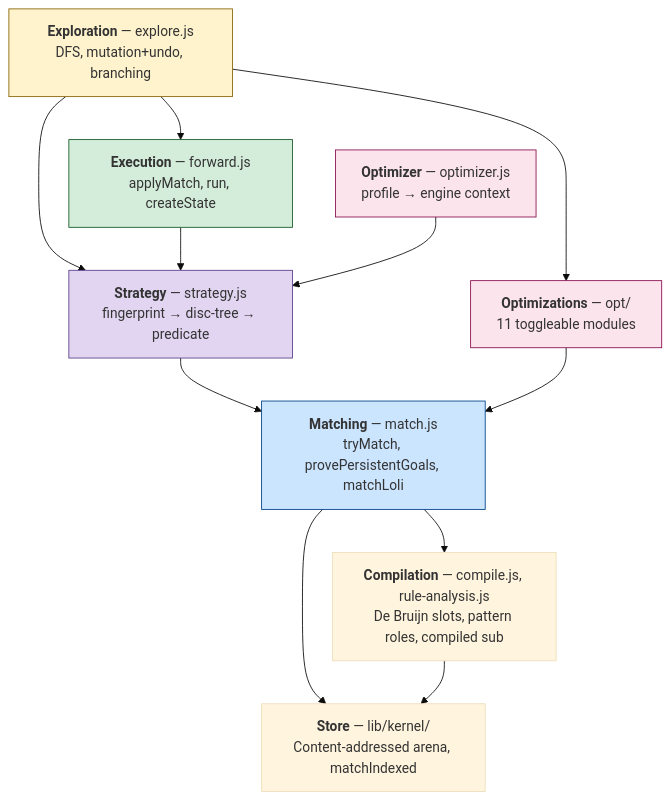
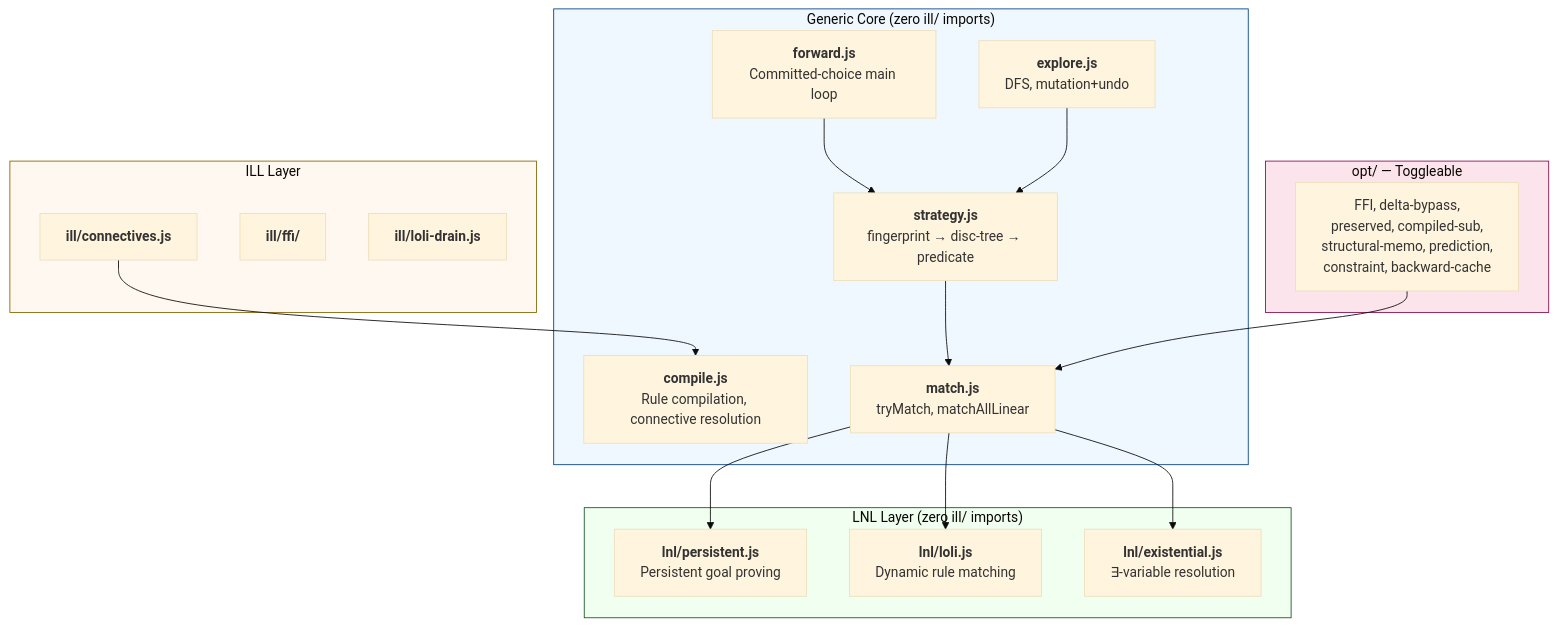
The second of 2 diagrams in doc/documentation/architecture.md (mhhf/calc), drawn with Mermaid (base theme) before and after one commit. The commit also changed other lines of this file and 2 other files, not shown here.

Commit message:
docs(TODO-0127): three-layer architecture + theoretical foundations
Update engine documentation to reflect the completed refactoring:
- Three-layer architecture diagrams (Generic → LNL → ILL)
- Connective table, matchOpts composition, layer discipline
- Theoretical foundations table (Benton LNL, CHR, CLF, Andreoli, etc.)
- Fix stale opt/loli-drain.js → ill/loli-drain.js references

````diff
--- a/doc/documentation/architecture.md
+++ b/doc/documentation/architecture.md
@@ -233,29 +233,40 @@
 ```mermaid
 graph TB
-    EXP["<b>Exploration</b> — explore.js<br/>DFS, mutation+undo, branching"]
-    EXEC["<b>Execution</b> — forward.js<br/>applyMatch, run, createState"]
-    STRAT["<b>Strategy</b> — strategy.js<br/>fingerprint → disc-tree → predicate"]
-    MAT["<b>Matching</b> — match.js<br/>tryMatch, provePersistentGoals, matchLoli"]
-    OPT["<b>Optimizations</b> — opt/<br/>11 toggleable modules"]
-    OPTIM["<b>Optimizer</b> — optimizer.js<br/>profile → engine context"]
-    COMP["<b>Compilation</b> — compile.js, rule-analysis.js<br/>De Bruijn slots, pattern roles, compiled sub"]
-    STO["<b>Store</b> — lib/kernel/<br/>Content-addressed arena, matchIndexed"]
+    subgraph GenericCore["Generic Core (zero ill/ imports)"]
+        COMP["<b>compile.js</b><br/>Rule compilation, connective resolution"]
+        MAT["<b>match.js</b><br/>tryMatch, matchAllLinear"]
+        STRAT["<b>strategy.js</b><br/>fingerprint → disc-tree → predicate"]
+        EXEC["<b>forward.js</b><br/>Committed-choice main loop"]
+        EXP["<b>explore.js</b><br/>DFS, mutation+undo"]
+    end
 
-    EXP --> EXEC
+    subgraph LNLLayer["LNL Layer (zero ill/ imports)"]
+        PERS["<b>lnl/persistent.js</b><br/>Persistent goal proving"]
+        LOLI["<b>lnl/loli.js</b><br/>Dynamic rule matching"]
+        EXIS["<b>lnl/existential.js</b><br/>∃-variable resolution"]
+    end
+
+    subgraph ILLLayer["ILL Layer"]
+        CONN["<b>ill/connectives.js</b>"]
+        FFIL["<b>ill/ffi/</b>"]
+        DRAIN["<b>ill/loli-drain.js</b>"]
+    end
+
+    subgraph OptLayer["opt/ — Toggleable"]
+        OPT["FFI, delta-bypass,<br/>preserved, compiled-sub,<br/>structural-memo, prediction,<br/>constraint, backward-cache"]
+    end
+
+    STRAT --> MAT
+    MAT --> PERS
+    MAT --> LOLI
+    MAT --> EXIS
+    EXEC --> STRAT
     EXP --> STRAT
-    EXP --> OPT
-    EXEC --> STRAT
-    STRAT --> MAT
-    MAT --> COMP
-    MAT --> STO
-    COMP --> STO
-    OPTIM --> STRAT
+    CONN --> COMP
     OPT --> MAT
 
-    style MAT fill:#cce5ff,stroke:#004085
-    style STRAT fill:#e2d5f1,stroke:#5a3d8a
-    style EXEC fill:#d4edda,stroke:#155724
-    style EXP fill:#fff3cd,stroke:#856404
-    style OPT fill:#fce4ec,stroke:#880e4f
-    style OPTIM fill:#fce4ec,stroke:#880e4f
+    style GenericCore fill:#f0f8ff,stroke:#004085
+    style LNLLayer fill:#f0fff0,stroke:#155724
+    style ILLLayer fill:#fff8f0,stroke:#856404
+    style OptLayer fill:#fce4ec,stroke:#880e4f
 ```
````
